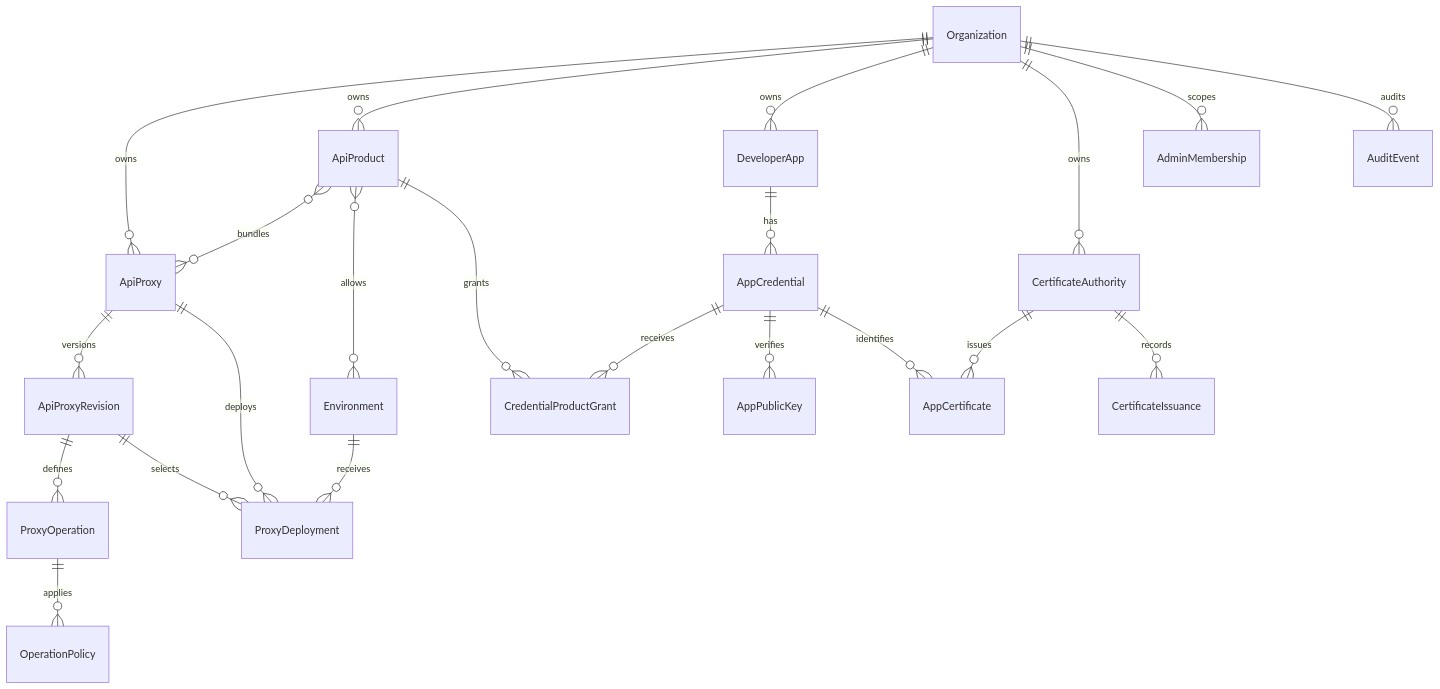
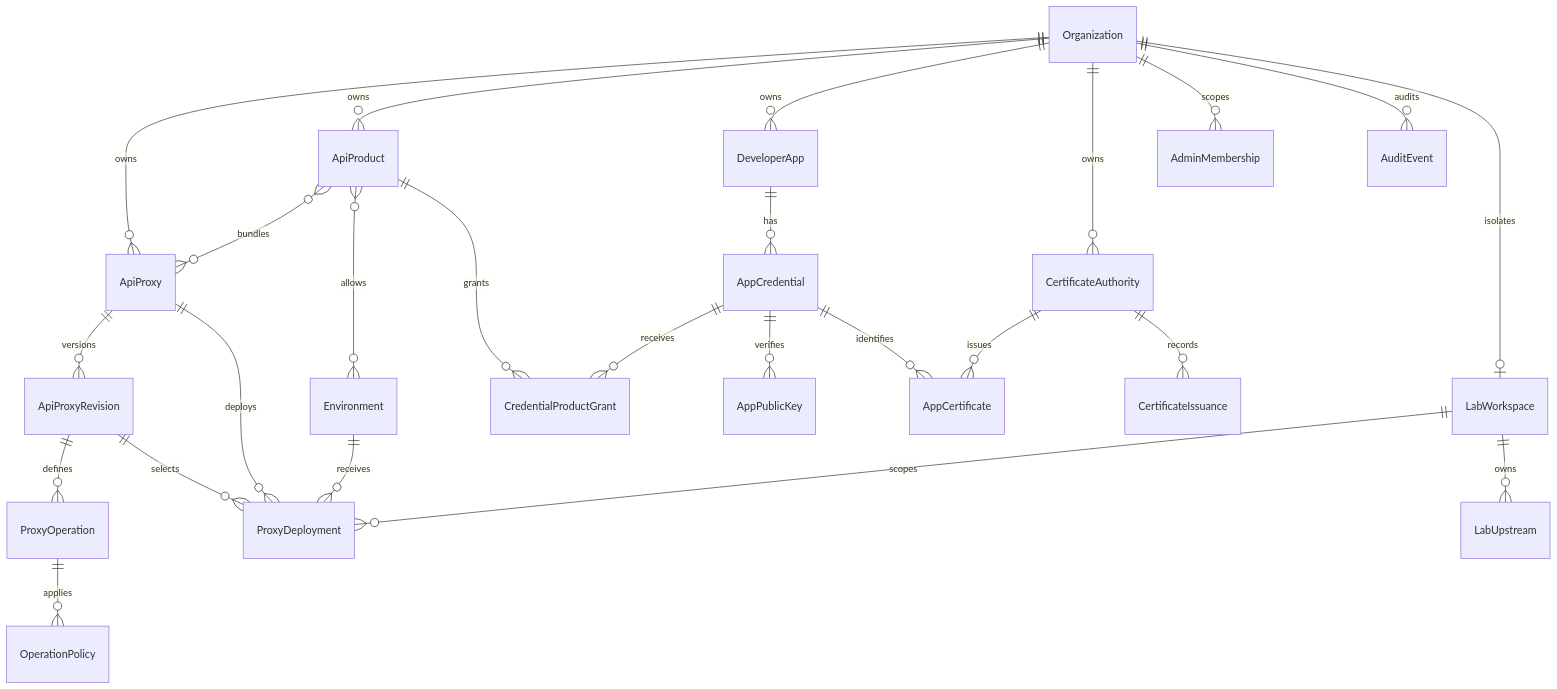
Before and after one commit to c4rl0s04/api-gateway-platform: the diagram in docs/02-architecture/Data Model.md, drawn with Mermaid. The commit also changed other lines of this file and 3 other files, not shown here.

````diff
--- a/docs/02-architecture/Data Model.md
+++ b/docs/02-architecture/Data Model.md
@@ -34,24 +36,27 @@
 ```mermaid
 erDiagram
     Organization ||--o{ ApiProxy : owns
     Organization ||--o{ ApiProduct : owns
     Organization ||--o{ DeveloperApp : owns
     ApiProxy ||--o{ ApiProxyRevision : versions
     ApiProxyRevision ||--o{ ProxyOperation : defines
     ProxyOperation ||--o{ OperationPolicy : applies
     ApiProxyRevision ||--o{ ProxyDeployment : selects
     ApiProxy ||--o{ ProxyDeployment : deploys
     Environment ||--o{ ProxyDeployment : receives
     ApiProduct }o--o{ ApiProxy : bundles
     ApiProduct }o--o{ Environment : allows
     DeveloperApp ||--o{ AppCredential : has
     AppCredential ||--o{ CredentialProductGrant : receives
     ApiProduct ||--o{ CredentialProductGrant : grants
     AppCredential ||--o{ AppPublicKey : verifies
     AppCredential ||--o{ AppCertificate : identifies
     CertificateAuthority ||--o{ AppCertificate : issues
     CertificateAuthority ||--o{ CertificateIssuance : records
     Organization ||--o{ CertificateAuthority : owns
     Organization ||--o{ AdminMembership : scopes
     Organization ||--o{ AuditEvent : audits
+    Organization ||--o| LabWorkspace : isolates
+    LabWorkspace ||--o{ ProxyDeployment : scopes
+    LabWorkspace ||--o{ LabUpstream : owns
 ```
````
